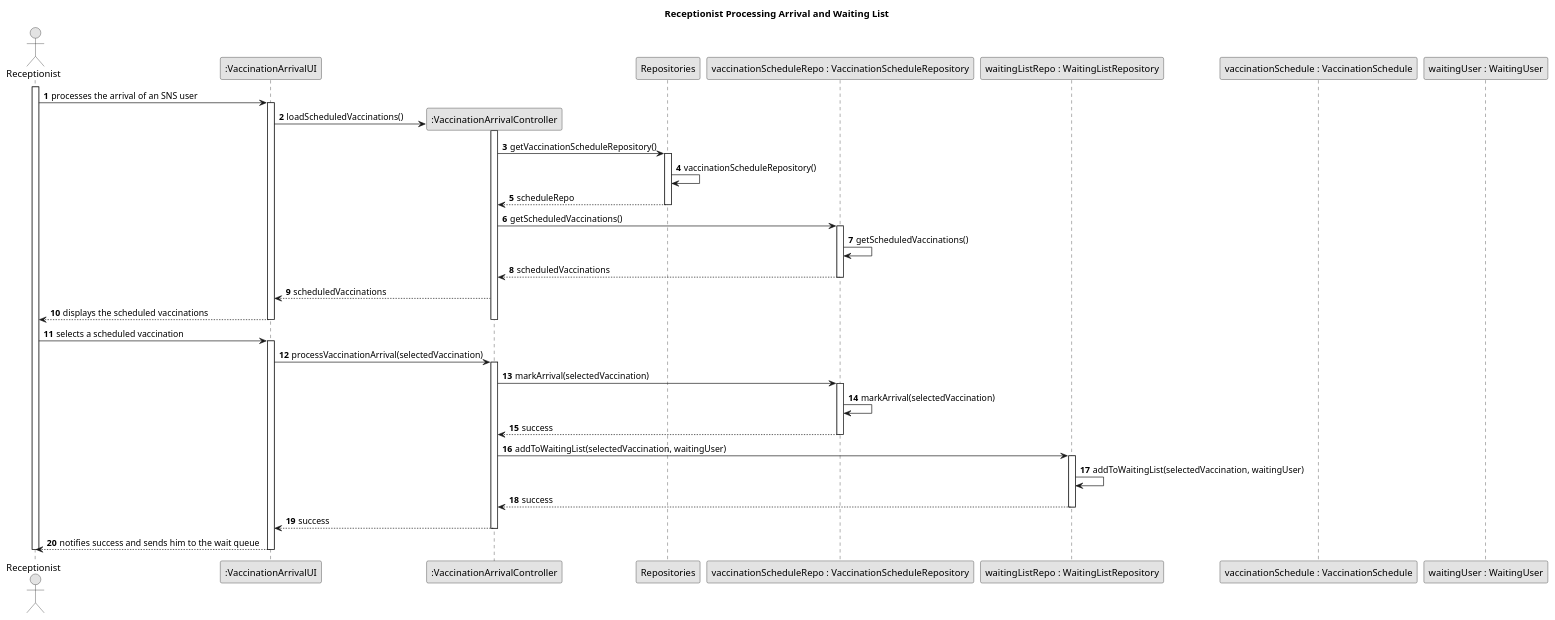
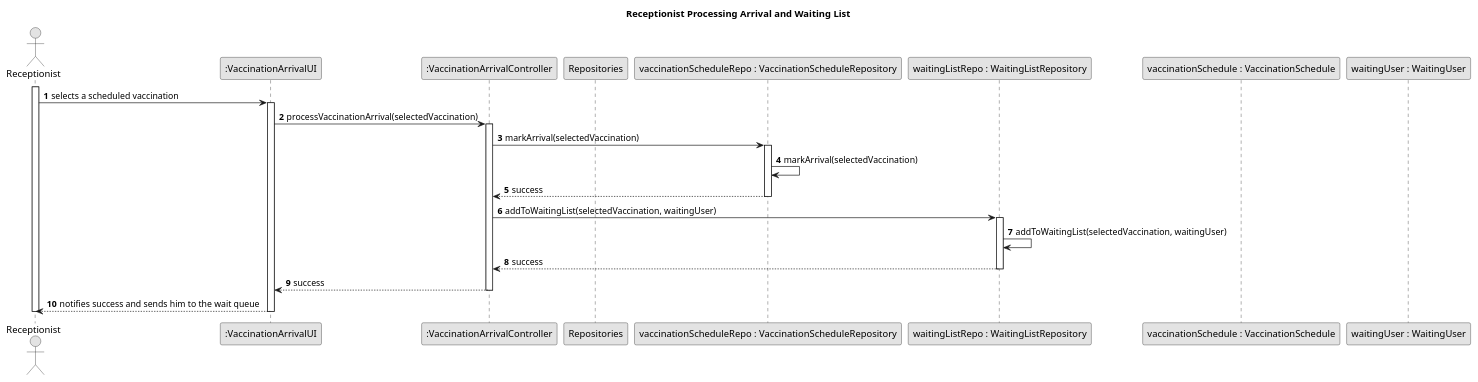
One commit to franciscomaia097/ProjectoPDS changed the diagram in sns-base/doc/global/use-cases/UC022/uc022-sd.puml. Above: the diagram before and after it, drawn with PlantUML. The commit also changed 13 other files, not shown here.

Commit message:
Fixed UML Models, added Registe User classes

```diff
--- a/sns-base/doc/global/use-cases/UC022/uc022-sd.puml
+++ b/sns-base/doc/global/use-cases/UC022/uc022-sd.puml
@@ -1,61 +1,43 @@
 @startuml
 skinparam monochrome true
 skinparam packageStyle rectangle
 skinparam shadowing false
 
 title Receptionist Processing Arrival and Waiting List
 
 autonumber
 
 actor Receptionist
 participant ":VaccinationArrivalUI" as ui
 participant ":VaccinationArrivalController" as ctrl
 participant Repositories
 participant "vaccinationScheduleRepo : VaccinationScheduleRepository" as scheduleRepo
 participant "waitingListRepo : WaitingListRepository" as waitingListRepo
 participant "vaccinationSchedule : VaccinationSchedule" as schedule
 participant "waitingUser : WaitingUser" as waitingUser
 
 activate Receptionist
 
-    Receptionist -> ui : processes the arrival of an SNS user
-    activate ui
-        ui -> ctrl** : loadScheduledVaccinations()
-        activate ctrl
-            ctrl -> Repositories : getVaccinationScheduleRepository()
-            activate Repositories
-                Repositories -> Repositories : vaccinationScheduleRepository()
-                Repositories --> ctrl : scheduleRepo
-            deactivate Repositories
-            ctrl -> scheduleRepo : getScheduledVaccinations()
-            activate scheduleRepo
-                scheduleRepo -> scheduleRepo : getScheduledVaccinations()
-                scheduleRepo --> ctrl : scheduledVaccinations
-            deactivate scheduleRepo
-            ctrl --> ui : scheduledVaccinations
-            ui --> Receptionist : displays the scheduled vaccinations
-        deactivate ctrl
-    deactivate ui
 
     Receptionist -> ui : selects a scheduled vaccination
     activate ui
         ui -> ctrl : processVaccinationArrival(selectedVaccination)
         activate ctrl
             ctrl -> scheduleRepo : markArrival(selectedVaccination)
             activate scheduleRepo
                 scheduleRepo -> scheduleRepo : markArrival(selectedVaccination)
                 scheduleRepo --> ctrl : success
             deactivate scheduleRepo
             ctrl -> waitingListRepo : addToWaitingList(selectedVaccination, waitingUser)
             activate waitingListRepo
                 waitingListRepo -> waitingListRepo : addToWaitingList(selectedVaccination, waitingUser)
                 waitingListRepo --> ctrl : success
             deactivate waitingListRepo
             ctrl --> ui : success
         deactivate ctrl
         ui --> Receptionist : notifies success and sends him to the wait queue
     deactivate ui
 
 deactivate Receptionist
 
 @enduml
```
